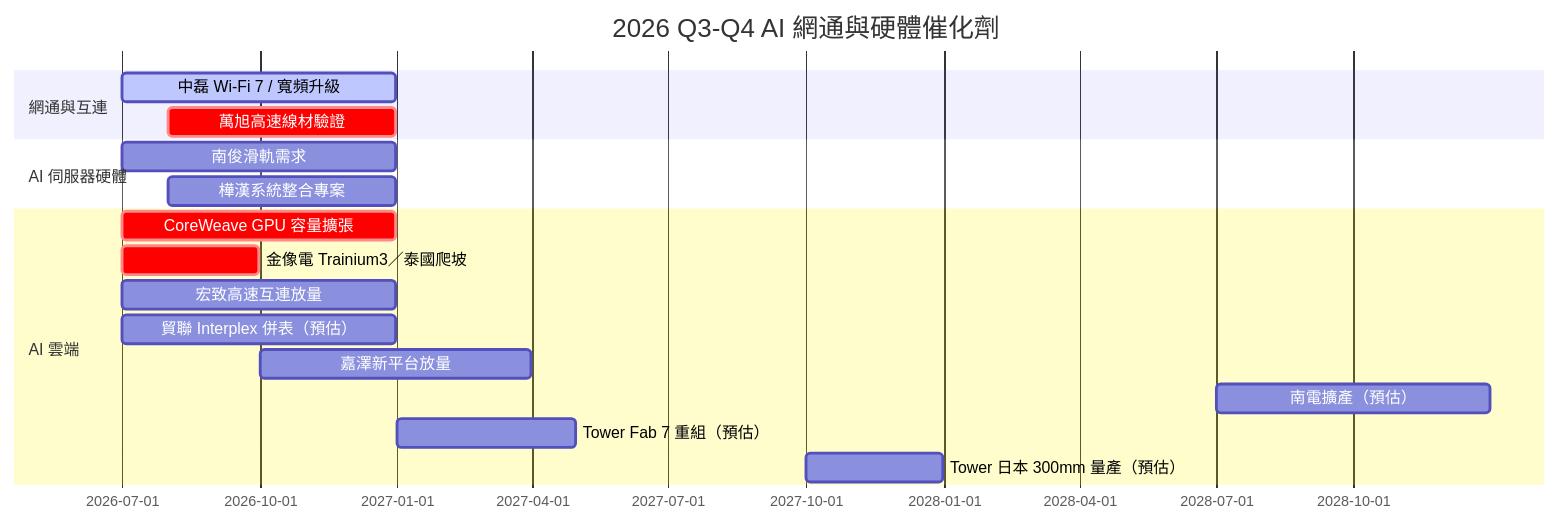
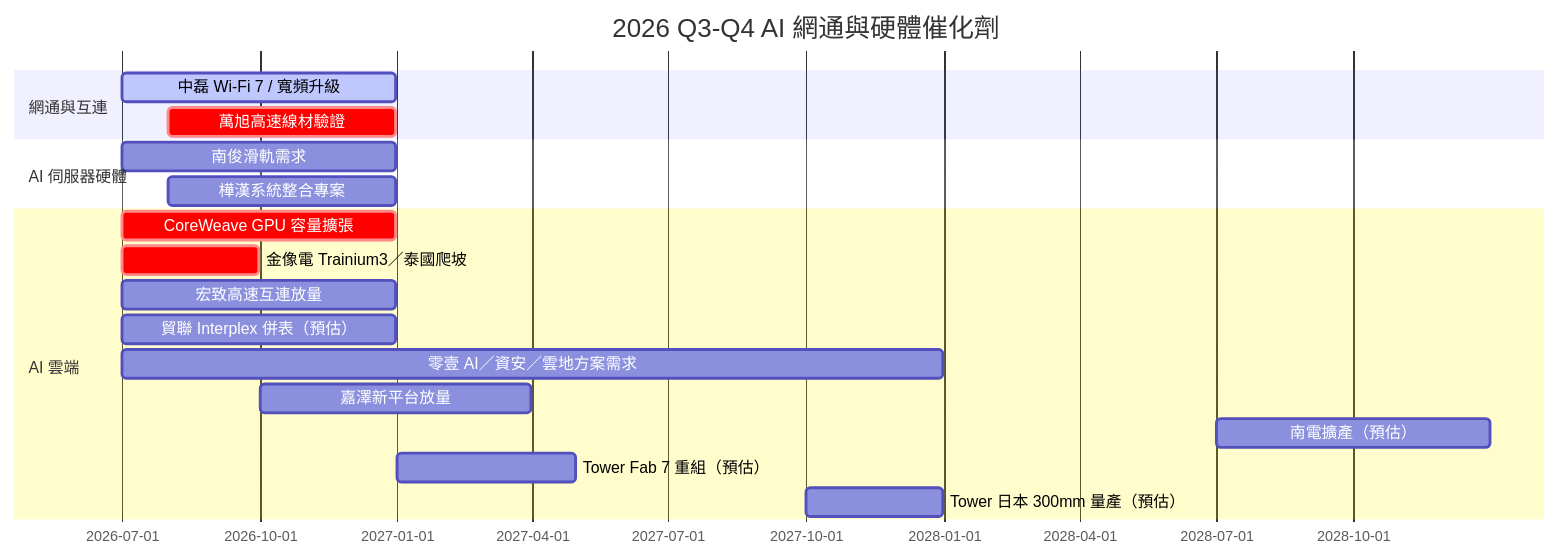
Before and after one commit to kevn950324/wiki_Stockv2: the diagram in content/lib/5.schedule/時程_2026Q3Q4_AI網通與硬體催化劑.md, drawn with Mermaid. The commit also changed other lines of this file and 7 other files, not shown here.

````diff
--- a/content/lib/5.schedule/時程_2026Q3Q4_AI網通與硬體催化劑.md
+++ b/content/lib/5.schedule/時程_2026Q3Q4_AI網通與硬體催化劑.md
@@ -37,20 +39,21 @@
 ```mermaid
 gantt
     title 2026 Q3-Q4 AI 網通與硬體催化劑
     dateFormat YYYY-MM-DD
     section 網通與互連
     中磊 Wi-Fi 7 / 寬頻升級 :active, 2026-07-01, 2026-12-31
     萬旭高速線材驗證 :crit, 2026-08-01, 2026-12-31
     section AI 伺服器硬體
     南俊滑軌需求 :2026-07-01, 2026-12-31
     樺漢系統整合專案 :2026-08-01, 2026-12-31
     section AI 雲端
     CoreWeave GPU 容量擴張 :crit, 2026-07-01, 2026-12-31
     金像電 Trainium3／泰國爬坡 :crit, 2026-07-01, 2026-09-30
     宏致高速互連放量 :2026-07-01, 2026-12-31
     貿聯 Interplex 併表（預估） :2026-07-01, 2026-12-31
+    零壹 AI／資安／雲地方案需求 :2026-07-01, 2027-12-31
     嘉澤新平台放量 :2026-10-01, 2027-03-31
     南電擴產（預估） :2028-07-01, 2028-12-31
     Tower Fab 7 重組（預估） :2027-01-01, 2027-04-30
     Tower 日本 300mm 量產（預估） :2027-10-01, 2027-12-31
 ```
````
